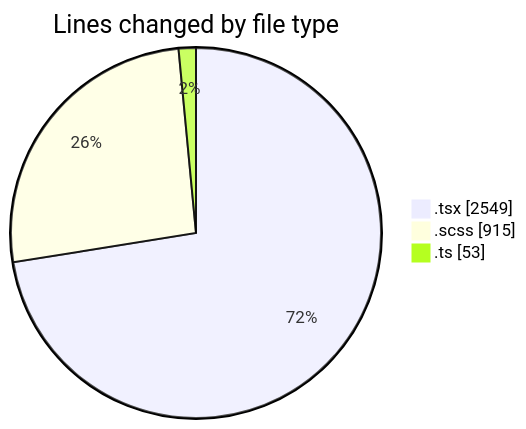
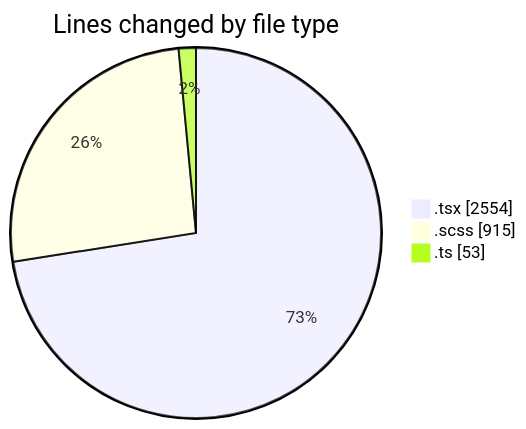
One commit to momahboobian/code-tracking changed the first of 2 diagrams in 2025-03-27/cda/README.md. Above: the diagram before and after it, drawn with Mermaid. The commit also changed other lines of this file and 1 other file, not shown here.

````diff
--- a/2025-03-27/cda/README.md
+++ b/2025-03-27/cda/README.md
@@ -40,7 +40,7 @@
 ```mermaid
 pie showData
 title Lines changed by file type
-".tsx" : 2549
+".tsx" : 2554
 ".scss" : 915
 ".ts" : 53
 ```
````
